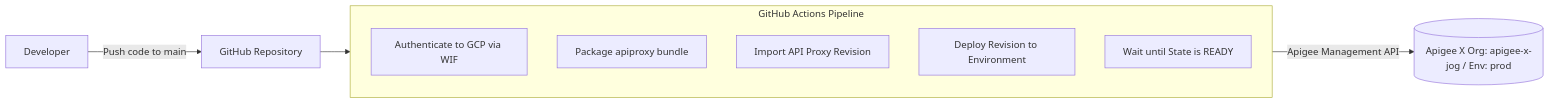
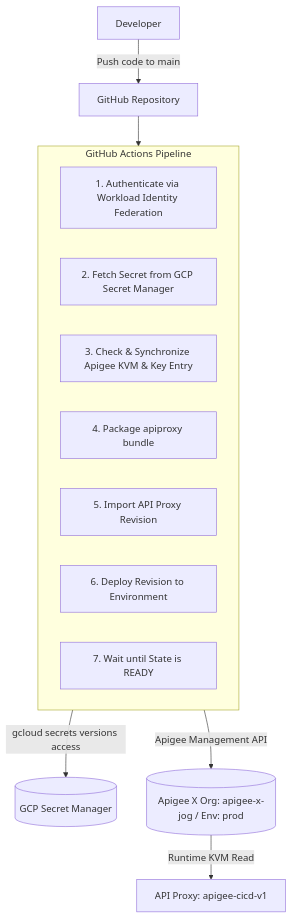
The first of 2 diagrams in README.md (JoelGauci/apigee-cicd-demo), drawn with Mermaid before and after one commit. The commit also changed other lines of this file and 2 other files, not shown here.

Commit message:
feat: add Secret Manager script and KVM synchronization to CI/CD pipeline

````diff
--- a/README.md
+++ b/README.md
@@ -9,13 +9,17 @@
 ```mermaid
-flowchart LR
+flowchart TD
     Dev[Developer] -->|Push code to main| GitHub[GitHub Repository]
     subgraph CI/CD [GitHub Actions Pipeline]
-        Auth[Authenticate to GCP via WIF]
-        Package[Package apiproxy bundle]
-        Import[Import API Proxy Revision]
-        Deploy[Deploy Revision to Environment]
-        Wait[Wait until State is READY]
+        Auth[1. Authenticate via Workload Identity Federation]
+        FetchSecret[2. Fetch Secret from GCP Secret Manager]
+        SyncKVM[3. Check & Synchronize Apigee KVM & Key Entry]
+        Package[4. Package apiproxy bundle]
+        Import[5. Import API Proxy Revision]
+        Deploy[6. Deploy Revision to Environment]
+        Wait[7. Wait until State is READY]
     end
     GitHub --> CI/CD
+    CI/CD -->|gcloud secrets versions access| GSM[(GCP Secret Manager)]
     CI/CD -->|Apigee Management API| Apigee[(Apigee X Org: apigee-x-jog / Env: prod)]
+    Apigee -->|Runtime KVM Read| Proxy[API Proxy: apigee-cicd-v1]
 ```
````
